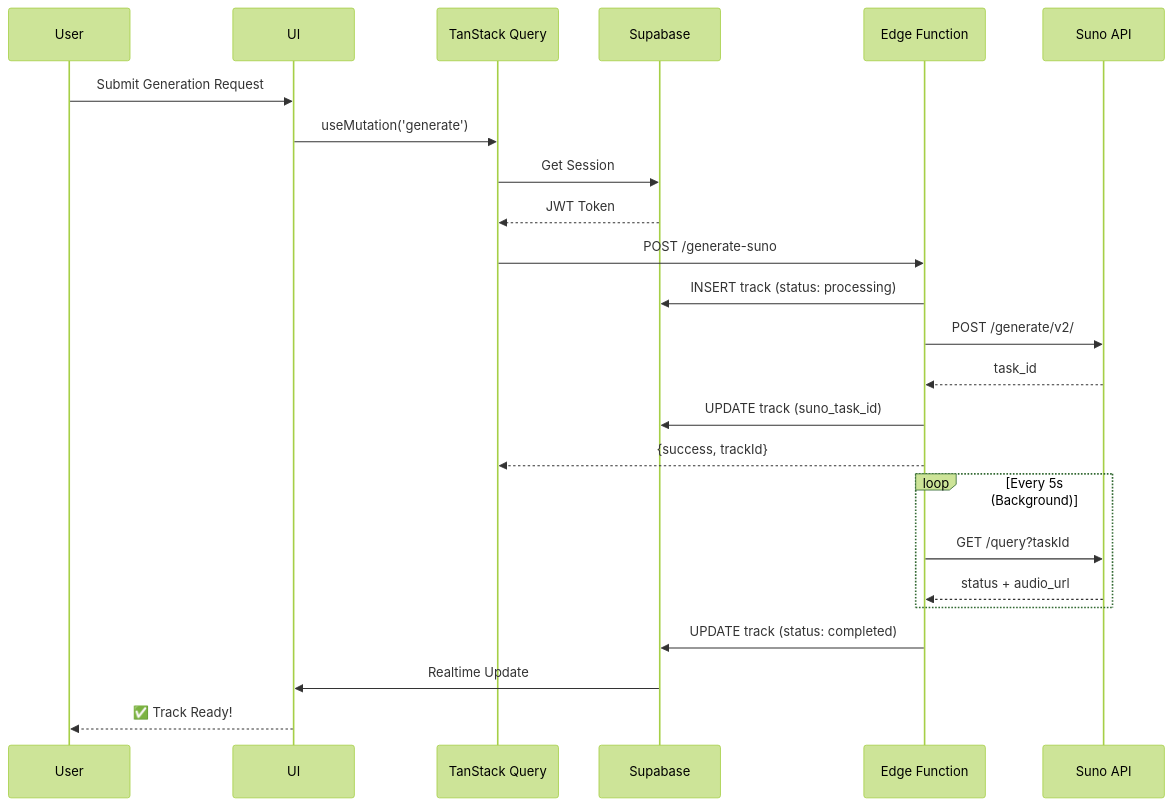
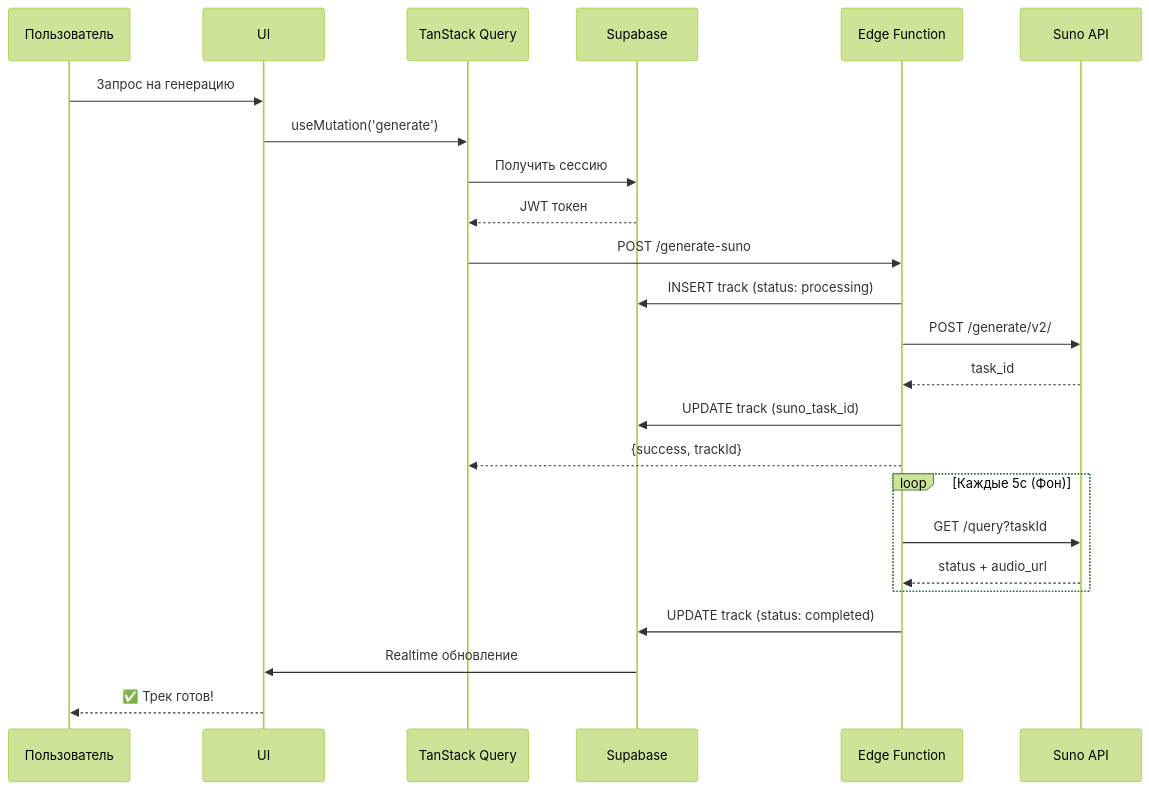
The fifth of 9 diagrams in README.md (HOW2AI-AGENCY/albert3-muse-synth-studio), drawn with Mermaid (forest theme) before and after one commit. The commit also changed other lines of this file, not shown here.

````diff
--- a/README.md
+++ b/README.md
@@ -223,29 +226,29 @@
 ```mermaid
 sequenceDiagram
-    participant User
+    participant User as Пользователь
     participant UI
     participant TanStack Query
     participant Supabase
     participant Edge Function
     participant Suno API
     
-    User->>UI: Submit Generation Request
+    User->>UI: Запрос на генерацию
     UI->>TanStack Query: useMutation('generate')
-    TanStack Query->>Supabase: Get Session
-    Supabase-->>TanStack Query: JWT Token
+    TanStack Query->>Supabase: Получить сессию
+    Supabase-->>TanStack Query: JWT токен
     TanStack Query->>Edge Function: POST /generate-suno
     Edge Function->>Supabase: INSERT track (status: processing)
     Edge Function->>Suno API: POST /generate/v2/
     Suno API-->>Edge Function: task_id
     Edge Function->>Supabase: UPDATE track (suno_task_id)
     Edge Function-->>TanStack Query: {success, trackId}
     
-    loop Every 5s (Background)
+    loop Каждые 5с (Фон)
         Edge Function->>Suno API: GET /query?taskId
         Suno API-->>Edge Function: status + audio_url
     end
     
     Edge Function->>Supabase: UPDATE track (status: completed)
-    Supabase->>UI: Realtime Update
-    UI-->>User: ✅ Track Ready!
+    Supabase->>UI: Realtime обновление
+    UI-->>User: ✅ Трек готов!
 ```
````
